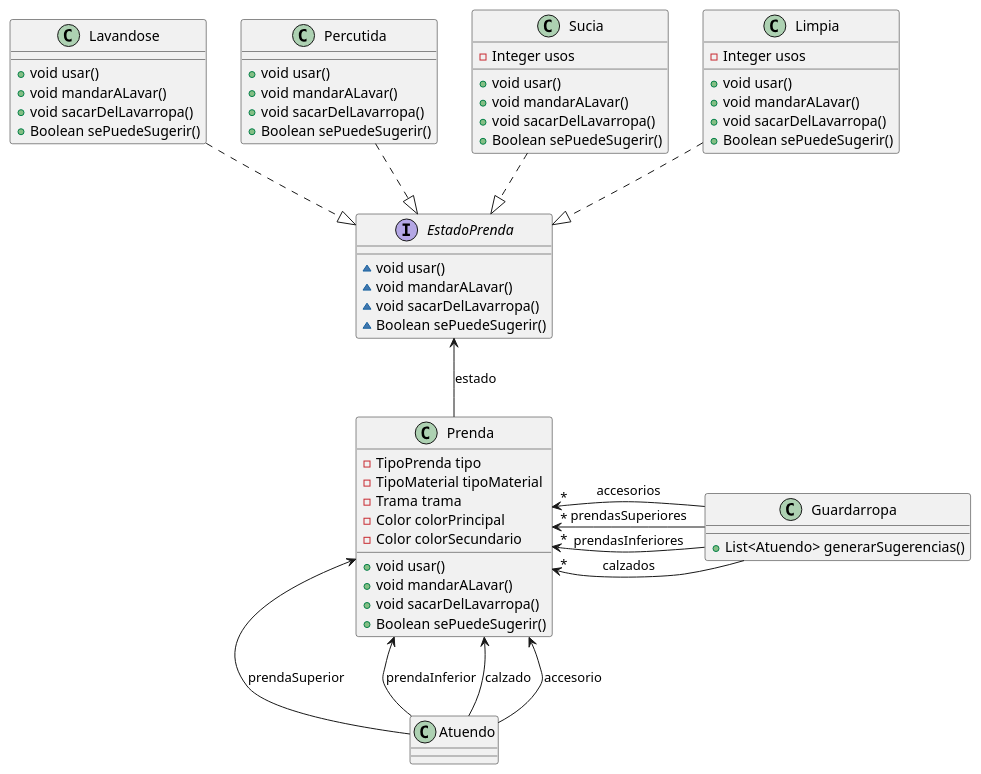
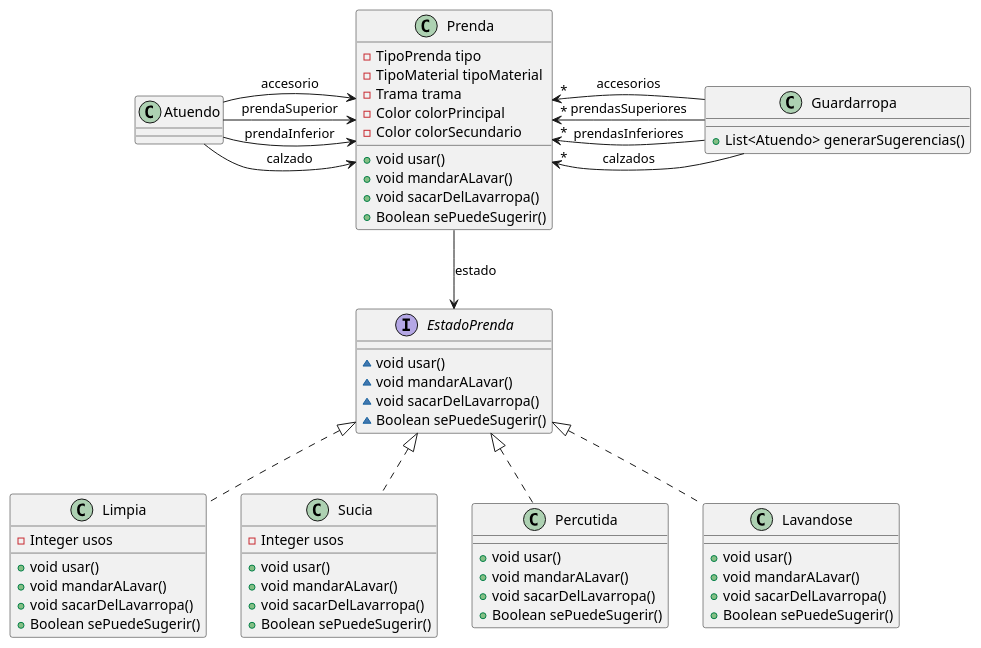
Before and after one commit to AlejandroDeheza/QMP: the diagram in diagramas/qmp3.puml, drawn with PlantUML. The commit also changed 1 other file, not shown here.

Commit message:
arreglo diagrama

```diff
--- a/diagramas/qmp3.puml
+++ b/diagramas/qmp3.puml
@@ -1,74 +1,74 @@
 @startuml
 class Atuendo {
 }
 
 class Guardarropa {
 + List<Atuendo> generarSugerencias()
 }
 
 interface EstadoPrenda {
 ~ void usar()
 ~ void mandarALavar()
 ~ void sacarDelLavarropa()
 ~ Boolean sePuedeSugerir()
 }
 
 class Limpia{
 - Integer usos
 + void usar()
 + void mandarALavar()
 + void sacarDelLavarropa()
 + Boolean sePuedeSugerir()
 }
 
 class Sucia{
 - Integer usos
 + void usar()
 + void mandarALavar()
 + void sacarDelLavarropa()
 + Boolean sePuedeSugerir()
 }
 
 class Percutida{
 + void usar()
 + void mandarALavar()
 + void sacarDelLavarropa()
 + Boolean sePuedeSugerir()
 }
 
 class Lavandose{
 + void usar()
 + void mandarALavar()
 + void sacarDelLavarropa()
 + Boolean sePuedeSugerir()
 }
 
 class Prenda {
 - TipoPrenda tipo
 - TipoMaterial tipoMaterial
 - Trama trama
 - Color colorPrincipal
 - Color colorSecundario
 + void usar()
 + void mandarALavar()
 + void sacarDelLavarropa()
 + Boolean sePuedeSugerir()
 }
 
-Prenda <-down- Atuendo : prendaSuperior
-Prenda <-- Atuendo : prendaInferior
-Prenda <-- Atuendo : calzado
-Prenda <-- Atuendo : accesorio
+Prenda <-left- Atuendo : prendaSuperior
+Prenda <-left- Atuendo : prendaInferior
+Prenda <-left- Atuendo : calzado
+Prenda <-left- Atuendo : accesorio
 
 Prenda "*" <-right- Guardarropa : prendasSuperiores
 Prenda "*" <-- Guardarropa : prendasInferiores
 Prenda "*" <-- Guardarropa : calzados
 Prenda "*" <-- Guardarropa : accesorios
 
-EstadoPrenda <-down- Prenda : estado
+EstadoPrenda <-up- Prenda : estado
 
-EstadoPrenda <|.up. Limpia
-EstadoPrenda <|.up. Sucia
-EstadoPrenda <|.up. Percutida
-EstadoPrenda <|.up. Lavandose
+EstadoPrenda <|.. Limpia
+EstadoPrenda <|.. Sucia
+EstadoPrenda <|.. Percutida
+EstadoPrenda <|.. Lavandose
 @enduml
```
